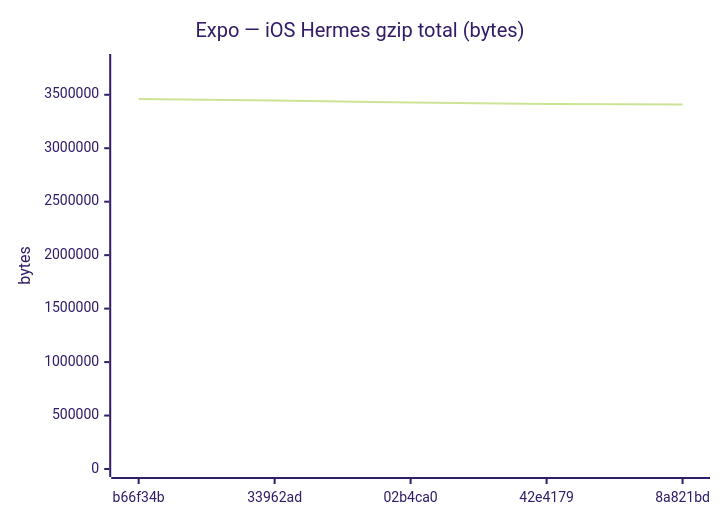
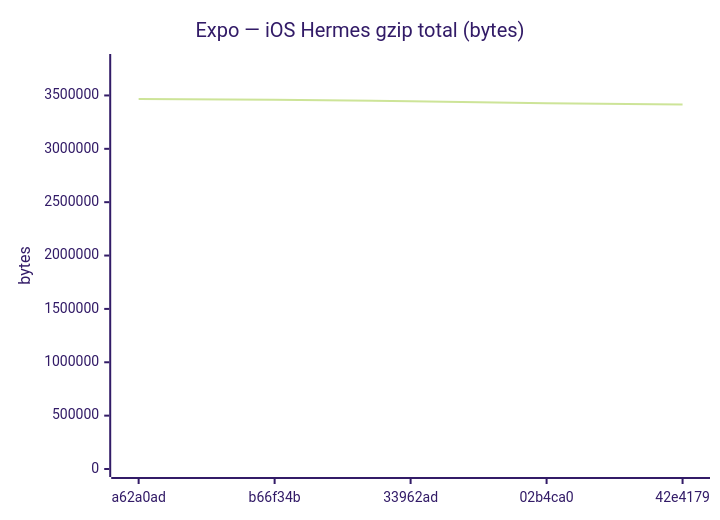
Before and after one commit to Metaheurist/Rianell: diagram 12 of 18 in benchmarks/compare.md, drawn with Mermaid (forest theme). The commit also changed other lines of this file and 11 other files, not shown here.

````diff
--- a/benchmarks/compare.md
+++ b/benchmarks/compare.md
@@ -179,7 +179,7 @@
 ```mermaid
 xychart-beta
     title "Expo — iOS Hermes gzip total (bytes)"
-    x-axis ["b66f34b", "33962ad", "02b4ca0", "42e4179", "8a821bd"]
-    y-axis "bytes" 0 --> 3806501
-    line [3460455, 3446796, 3426562, 3414256, 3409221]
+    x-axis ["a62a0ad", "b66f34b", "33962ad", "02b4ca0", "42e4179"]
+    y-axis "bytes" 0 --> 3813431
+    line [3466755, 3460455, 3446796, 3426562, 3414256]
 ```
````
